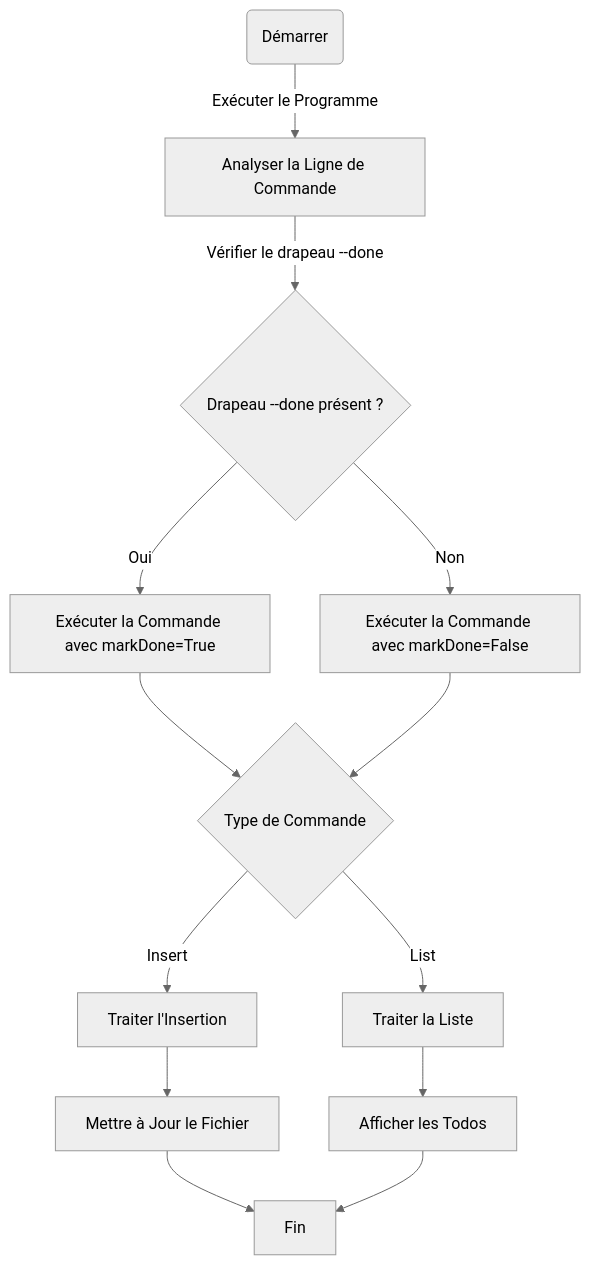
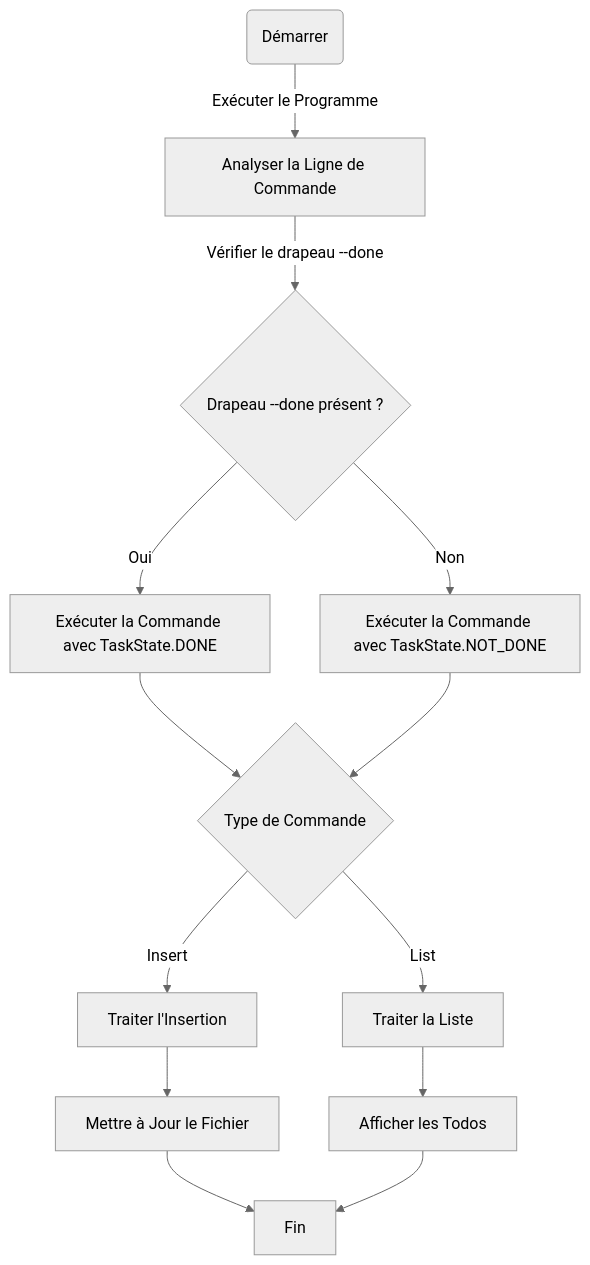
Before and after one commit to darkTravus/Design-Pattern-SDN: the diagram in docs/report.md, drawn with Mermaid (neutral theme). The commit also changed other lines of this file and 17 other files, not shown here.

````diff
--- a/docs/report.md
+++ b/docs/report.md
@@ -87,16 +89,16 @@
 ```mermaid
 graph TD
     A(Démarrer) -->|Exécuter le Programme| B[Analyser la Ligne de Commande]
     B -->|Vérifier le drapeau --done| C{Drapeau --done présent ?}
-    C -->|Oui| D[Exécuter la Commande avec markDone=True]
-    C -->|Non| E[Exécuter la Commande avec markDone=False]
+    C -->|Oui| D[Exécuter la Commande avec TaskState.DONE]
+    C -->|Non| E[Exécuter la Commande avec TaskState.NOT_DONE]
     D --> F{Type de Commande}
     E --> F{Type de Commande}
     F -->|Insert| G[Traiter l'Insertion]
     F -->|List| H[Traiter la Liste]
     G --> J[Mettre à Jour le Fichier]
     H --> I[Afficher les Todos]
     J --> K[Fin]
     I --> K[Fin]
 
 ```
````
